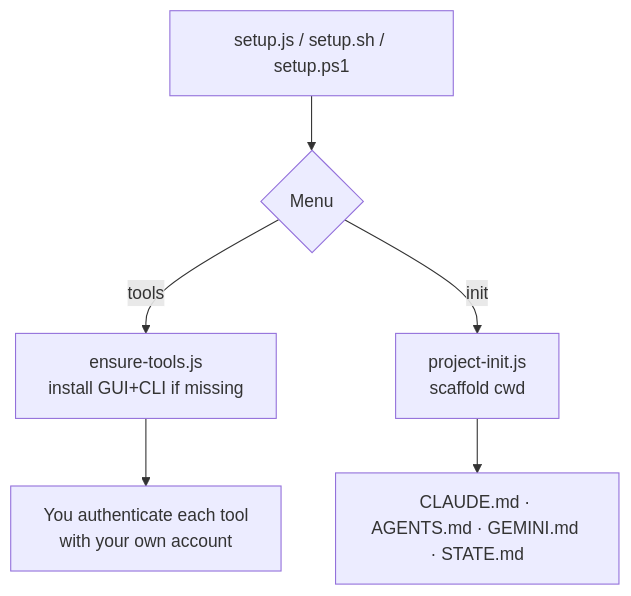
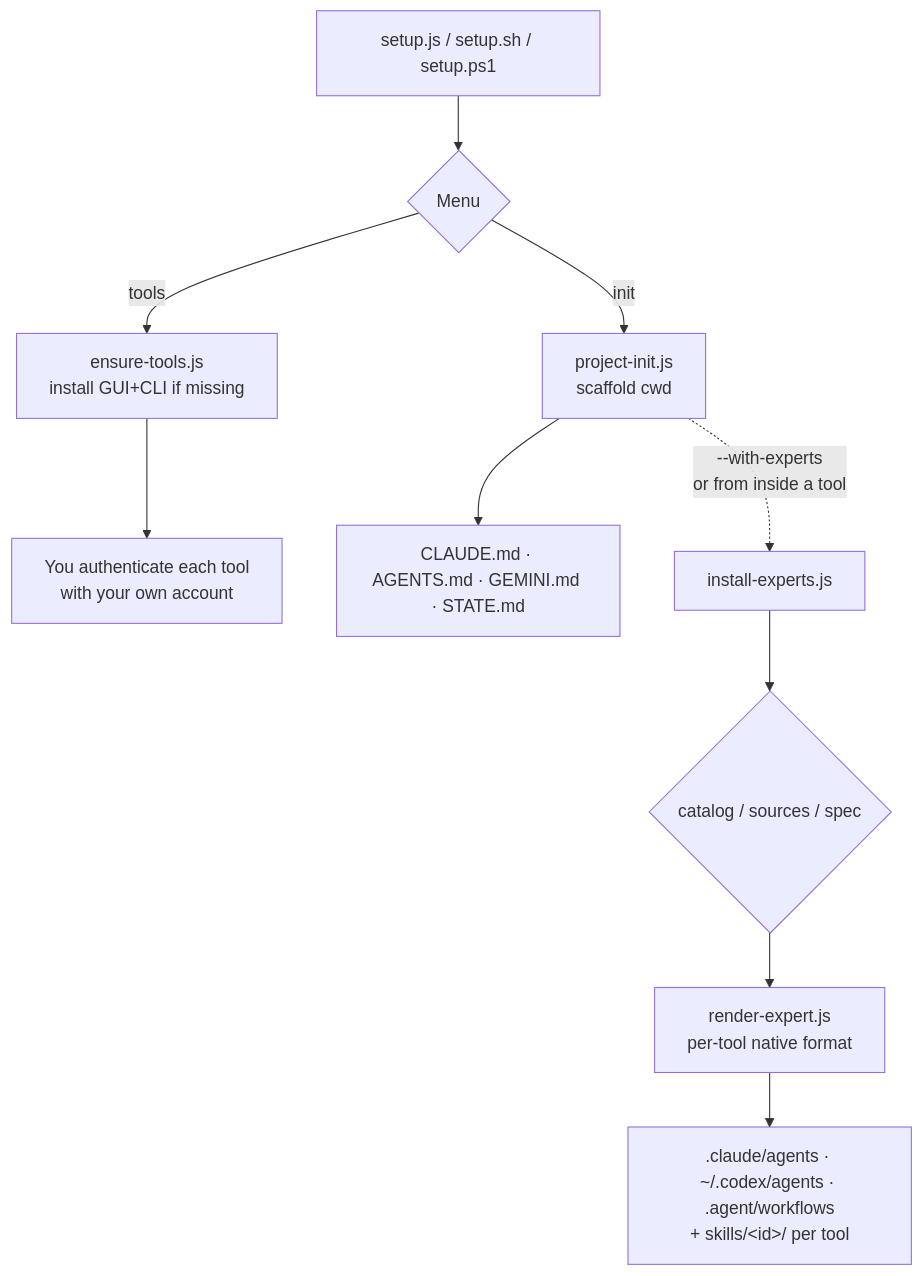
The first of 4 diagrams in docs/ARCHITECTURE.md (alexxanderdiaz/ai-coding-stack), drawn with Mermaid before and after one commit. The commit also changed other lines of this file and 2 other files, not shown here.

Commit message:
docs: bring ARCHITECTURE/USAGE/PROJECT-INIT up to date with expert discovery (#3)

````diff
--- a/docs/ARCHITECTURE.md
+++ b/docs/ARCHITECTURE.md
@@ -5,8 +5,12 @@
 ```mermaid
 flowchart TD
     S[setup.js / setup.sh / setup.ps1] --> M{Menu}
     M -->|tools| ET[ensure-tools.js<br/>install GUI+CLI if missing]
     M -->|init| PI[project-init.js<br/>scaffold cwd]
     ET --> AUTH[You authenticate each tool<br/>with your own account]
     PI --> FILES[CLAUDE.md · AGENTS.md · GEMINI.md · STATE.md]
+    PI -.->|--with-experts<br/>or from inside a tool| IE[install-experts.js]
+    IE --> SRC{catalog / sources / spec}
+    SRC --> REN[render-expert.js<br/>per-tool native format]
+    REN --> OUT[.claude/agents · ~/.codex/agents · .agent/workflows<br/>+ skills/&lt;id&gt;/ per tool]
 ```
````
